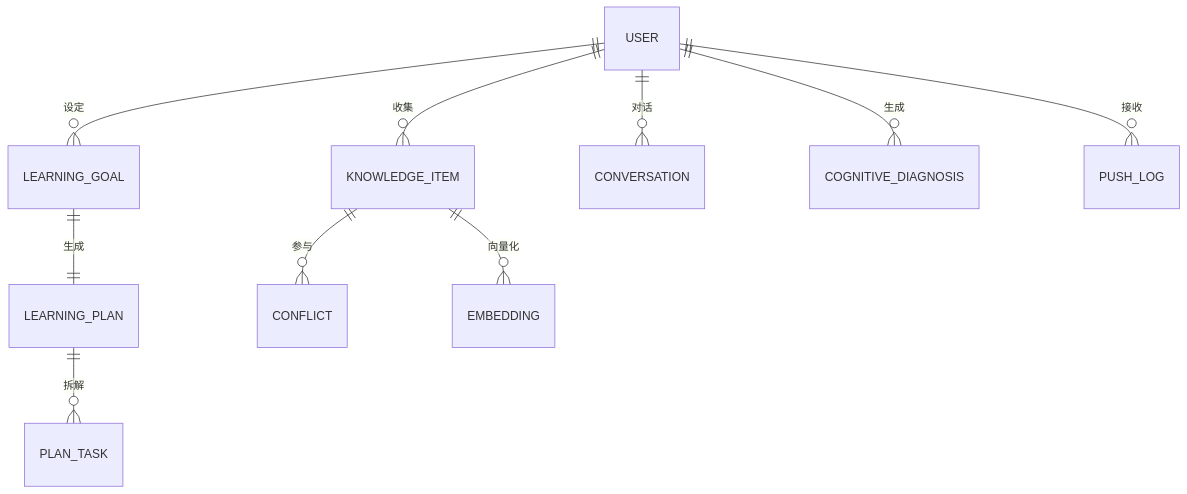
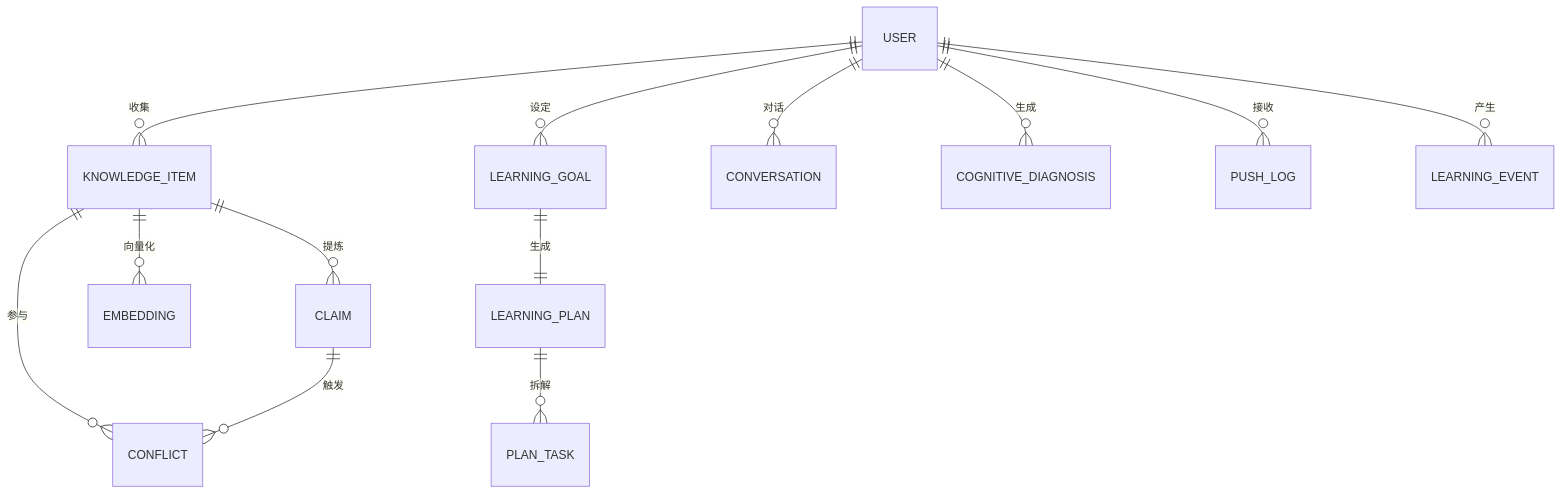
Before and after one commit to Curtainorange/knowledge-agent: the third of 9 diagrams in docs/系统设计文档.md, drawn with Mermaid. The commit also changed other lines of this file and 1 other file, not shown here.

````diff
--- a/docs/系统设计文档.md
+++ b/docs/系统设计文档.md
@@ -207,12 +279,15 @@
 ```mermaid
 erDiagram
     USER ||--o{ KNOWLEDGE_ITEM : 收集
     USER ||--o{ LEARNING_GOAL : 设定
     USER ||--o{ CONVERSATION : 对话
     LEARNING_GOAL ||--|| LEARNING_PLAN : 生成
     LEARNING_PLAN ||--o{ PLAN_TASK : 拆解
     USER ||--o{ COGNITIVE_DIAGNOSIS : 生成
     KNOWLEDGE_ITEM ||--o{ CONFLICT : 参与
     KNOWLEDGE_ITEM ||--o{ EMBEDDING : 向量化
     USER ||--o{ PUSH_LOG : 接收
+    KNOWLEDGE_ITEM ||--o{ CLAIM : 提炼
+    CLAIM ||--o{ CONFLICT : 触发
+    USER ||--o{ LEARNING_EVENT : 产生
 ```
````
